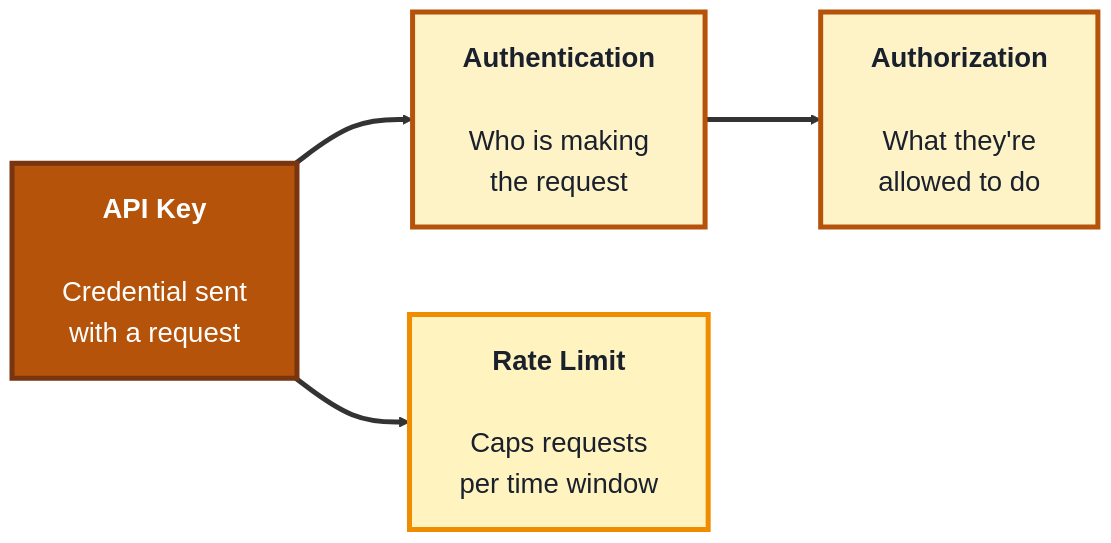
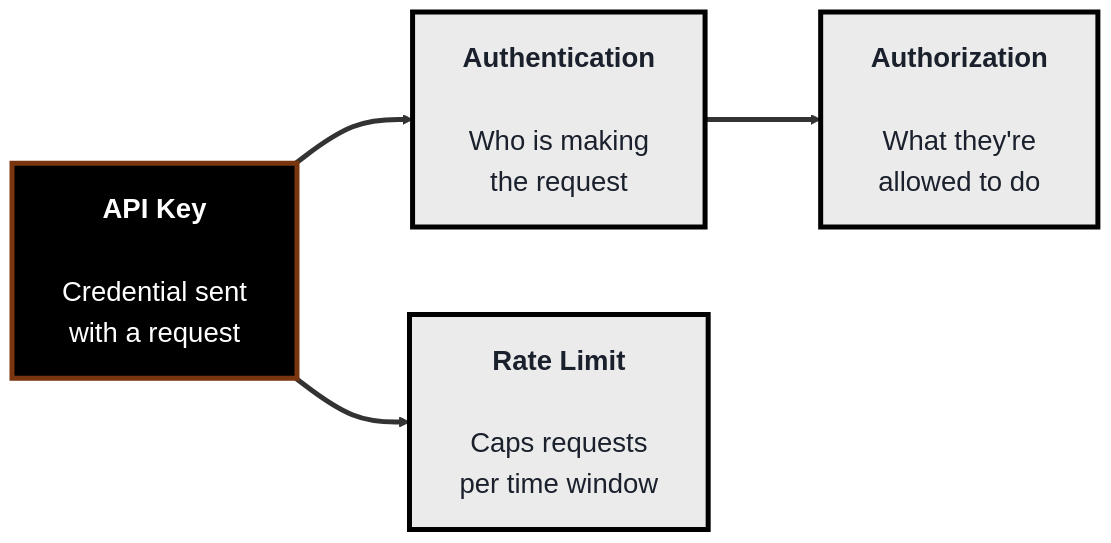
One commit to SHEMODELTECH/shemodeltech changed the third of 3 diagrams in src/Pages/courses/TechArchs/apis-module.md. Above: the diagram before and after it, drawn with Mermaid. The commit also changed other lines of this file and 46 other files, not shown here.

````diff
--- a/src/Pages/courses/TechArchs/apis-module.md
+++ b/src/Pages/courses/TechArchs/apis-module.md
@@ -135,17 +135,17 @@
 ```mermaid
-%%{init: {'theme':'base', 'themeVariables': {'fontSize':'22px', 'primaryTextColor':'#1a202c', 'primaryBorderColor':'#b45309', 'lineColor':'#333333'}, 'flowchart': {'nodeSpacing': 70, 'rankSpacing': 90, 'padding': 20}}}%%
+%%{init: {'theme':'base', 'themeVariables': {'fontSize':'22px', 'primaryTextColor':'#1a202c', 'primaryBorderColor':'#000000', 'lineColor':'#333333'}, 'flowchart': {'nodeSpacing': 70, 'rankSpacing': 90, 'padding': 20}}}%%
 flowchart LR
     K["<b>API Key</b><br/><br/>Credential sent<br/>with a request"]
     A["<b>Authentication</b><br/><br/>Who is making<br/>the request"]
     Z["<b>Authorization</b><br/><br/>What they're<br/>allowed to do"]
     RL["<b>Rate Limit</b><br/><br/>Caps requests<br/>per time window"]
 
     K ==> A ==> Z
     K ==> RL
 
-    style K fill:#b45309,color:#fff,stroke:#78350f,stroke-width:4px
-    style A fill:#fef3c7,color:#1a202c,stroke:#b45309,stroke-width:4px
-    style Z fill:#fef3c7,color:#1a202c,stroke:#b45309,stroke-width:4px
-    style RL fill:#fff3bf,color:#1a202c,stroke:#f08c00,stroke-width:4px
+    style K fill:#000000,color:#fff,stroke:#78350f,stroke-width:4px
+    style A fill:#EBEBEB,color:#1a202c,stroke:#000000,stroke-width:4px
+    style Z fill:#EBEBEB,color:#1a202c,stroke:#000000,stroke-width:4px
+    style RL fill:#EBEBEB,color:#1a202c,stroke:#000000,stroke-width:4px
     linkStyle default stroke-width:4px,stroke:#333333
 ```
````
